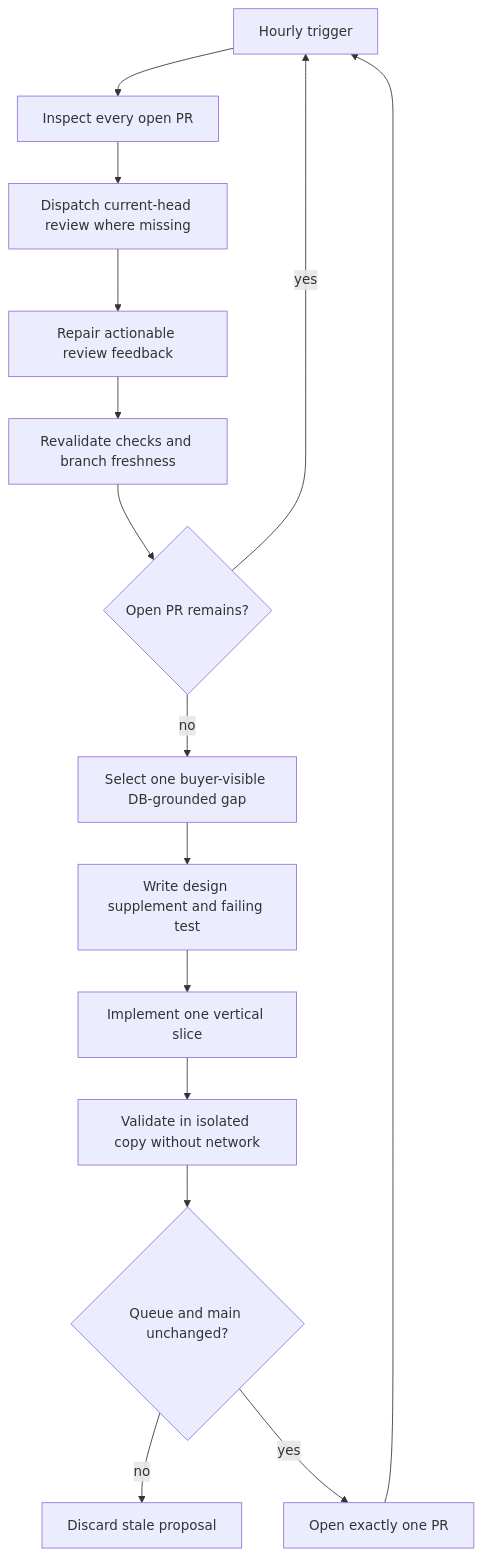
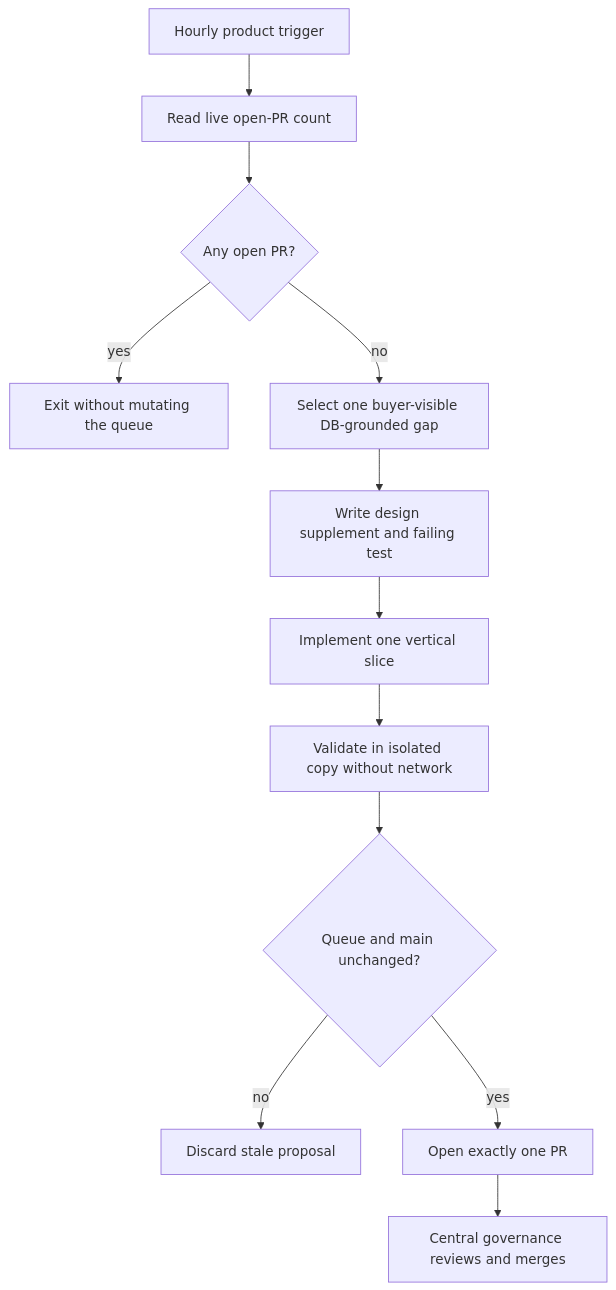
The diagram in docs/operations/hourly-commercialization-loop.md (ContextualWisdomLab/LineageWeave), drawn with Mermaid before and after one commit. The commit also changed other lines of this file and 4 other files, not shown here.

Commit message:
fix(ci): keep PR governance organization-central

````diff
--- a/docs/operations/hourly-commercialization-loop.md
+++ b/docs/operations/hourly-commercialization-loop.md
@@ -17,17 +21,14 @@
 ```mermaid
 flowchart TD
-    A[Hourly trigger] --> B[Inspect every open PR]
-    B --> C[Dispatch current-head review where missing]
-    C --> D[Repair actionable review feedback]
-    D --> E[Revalidate checks and branch freshness]
-    E --> F{Open PR remains?}
-    F -->|yes| A
-    F -->|no| G[Select one buyer-visible DB-grounded gap]
-    G --> H[Write design supplement and failing test]
-    H --> I[Implement one vertical slice]
-    I --> J[Validate in isolated copy without network]
-    J --> K{Queue and main unchanged?}
-    K -->|no| L[Discard stale proposal]
-    K -->|yes| M[Open exactly one PR]
-    M --> A
+    A[Hourly product trigger] --> B[Read live open-PR count]
+    B --> C{Any open PR?}
+    C -->|yes| D[Exit without mutating the queue]
+    C -->|no| E[Select one buyer-visible DB-grounded gap]
+    E --> F[Write design supplement and failing test]
+    F --> G[Implement one vertical slice]
+    G --> H[Validate in isolated copy without network]
+    H --> I{Queue and main unchanged?}
+    I -->|no| J[Discard stale proposal]
+    I -->|yes| K[Open exactly one PR]
+    K --> L[Central governance reviews and merges]
 ```
````
